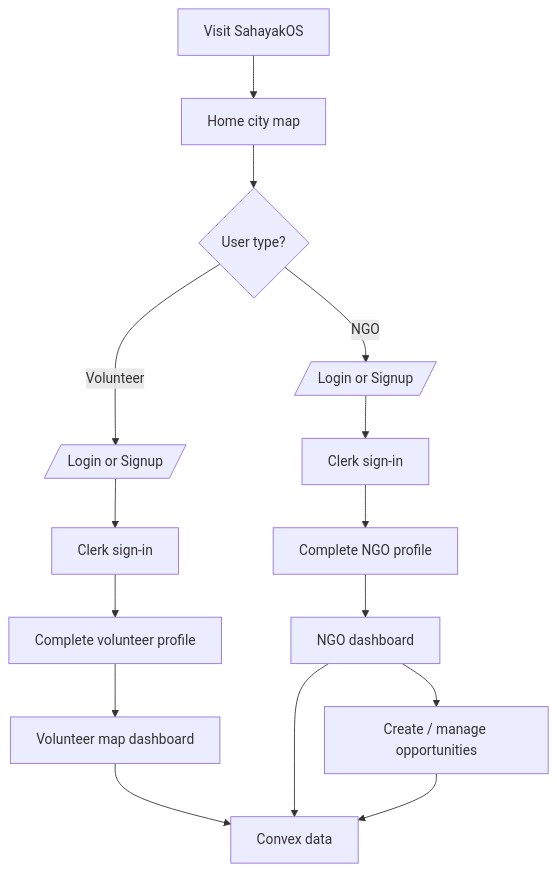
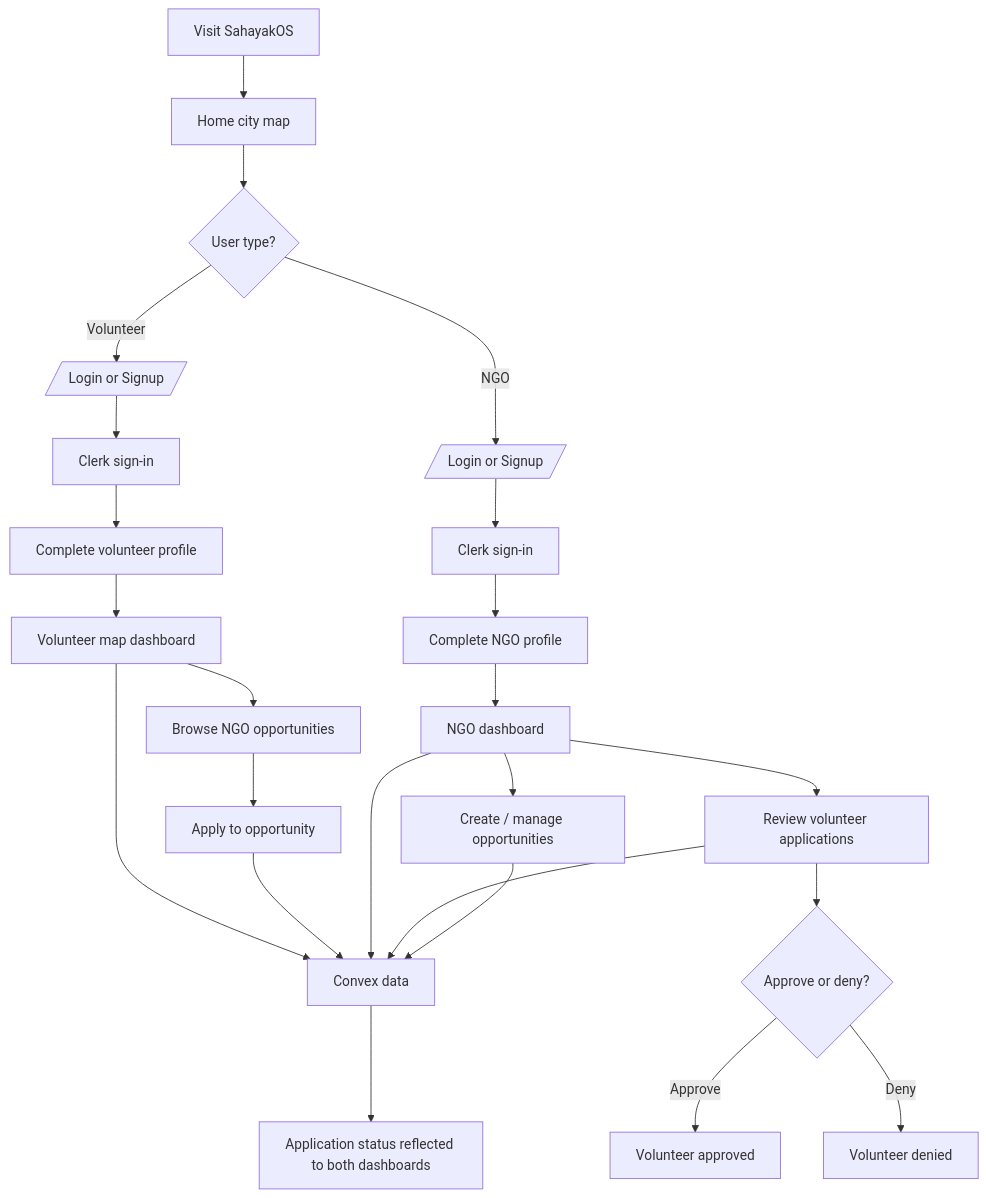
One commit to Sah-Nikhil/SahayakOS changed the second of 2 diagrams in README.md. Above: the diagram before and after it, drawn with Mermaid. The commit also changed other lines of this file and 5 other files, not shown here.

First line of the commit message:
Add opportunity applications and review workflow

````diff
--- a/README.md
+++ b/README.md
@@ -65,20 +73,29 @@
 ```mermaid
 flowchart TD
   Start[Visit SahayakOS] --> Home[Home city map]
   Home --> Choice{User type?}
   Choice -->|Volunteer| VolunteerAuth[/Login or Signup/]
   Choice -->|NGO| NgoAuth[/Login or Signup/]
 
   VolunteerAuth --> ClerkVolunteer[Clerk sign-in]
   ClerkVolunteer --> VolunteerProfile[Complete volunteer profile]
   VolunteerProfile --> VolunteerHome[Volunteer map dashboard]
+  VolunteerHome --> BrowseRoles[Browse NGO opportunities]
+  BrowseRoles --> ApplyRole[Apply to opportunity]
 
   NgoAuth --> ClerkNgo[Clerk sign-in]
   ClerkNgo --> NgoProfile[Complete NGO profile]
   NgoProfile --> NgoDashboard[NGO dashboard]
   NgoDashboard --> Opportunities[Create / manage opportunities]
+  NgoDashboard --> ReviewApps[Review volunteer applications]
+  ReviewApps --> Decision{Approve or deny?}
+  Decision -->|Approve| Approved[Volunteer approved]
+  Decision -->|Deny| Denied[Volunteer denied]
 
   VolunteerHome --> Convex[Convex data]
+  ApplyRole --> Convex
   NgoDashboard --> Convex
+  ReviewApps --> Convex
   Opportunities --> Convex
+  Convex --> StatusSync[Application status reflected to both dashboards]
 ```
````
